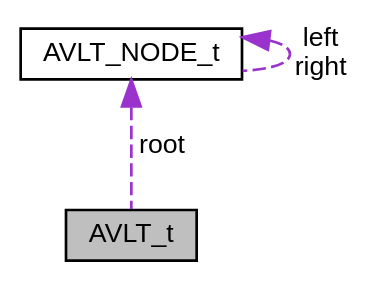
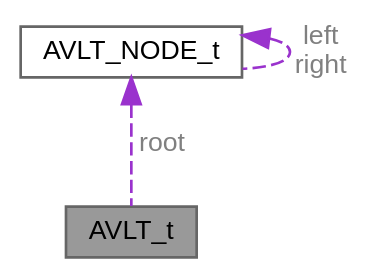
The diagram in struct_a_v_l_t__t__coll__graph.dot (ebs-universe/piolib-ds), drawn with Graphviz before and after one commit. The commit also changed 536 other files, not shown here.

```diff
--- a/struct_a_v_l_t__t__coll__graph.dot
+++ b/struct_a_v_l_t__t__coll__graph.dot
@@ -1,12 +1,12 @@
 digraph "AVLT_t"
 {
  // INTERACTIVE_SVG=YES
  // LATEX_PDF_SIZE
   bgcolor="transparent";
-  edge [fontname="Helvetica",fontsize="10",labelfontname="Helvetica",labelfontsize="10"];
-  node [fontname="Helvetica",fontsize="10",shape=record];
-  Node1 [label="AVLT_t",height=0.2,width=0.4,color="black", fillcolor="grey75", style="filled", fontcolor="black",tooltip=" "];
-  Node2 -> Node1 [dir="back",color="darkorchid3",fontsize="10",style="dashed",label=" root" ,fontname="Helvetica"];
-  Node2 [label="AVLT_NODE_t",height=0.2,width=0.4,color="black",URL="$struct_a_v_l_t___n_o_d_e__t.html",tooltip=" "];
-  Node2 -> Node2 [dir="back",color="darkorchid3",fontsize="10",style="dashed",label=" left\nright" ,fontname="Helvetica"];
+  edge [fontname=Helvetica,fontsize=10,labelfontname=Helvetica,labelfontsize=10];
+  node [fontname=Helvetica,fontsize=10,shape=box,height=0.2,width=0.4];
+  Node1 [id="Node000001",label="AVLT_t",height=0.2,width=0.4,color="gray40", fillcolor="grey60", style="filled", fontcolor="black",tooltip=" "];
+  Node2 -> Node1 [id="edge1_Node000001_Node000002",dir="back",color="darkorchid3",style="dashed",tooltip=" ",label=" root",fontcolor="grey" ];
+  Node2 [id="Node000002",label="AVLT_NODE_t",height=0.2,width=0.4,color="gray40", fillcolor="white", style="filled",URL="$avltree_8h.html#struct_a_v_l_t___n_o_d_e__t",tooltip=" "];
+  Node2 -> Node2 [id="edge2_Node000002_Node000002",dir="back",color="darkorchid3",style="dashed",tooltip=" ",label=" left\nright",fontcolor="grey" ];
 }
```
